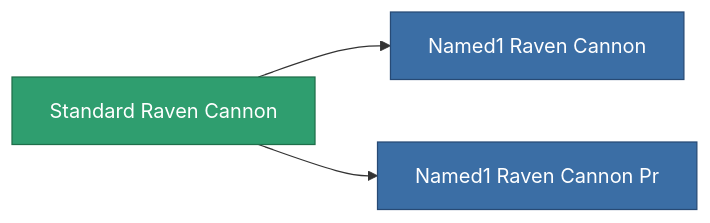
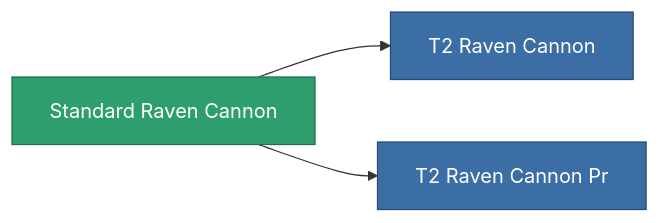
The diagram in content/content/items/standard_raven_cannon.md (OpenPerpetuum/Wiki), drawn with Mermaid before and after one commit. The commit also changed other lines of this file and 4904 other files, not shown here.

````diff
--- a/content/content/items/standard_raven_cannon.md
+++ b/content/content/items/standard_raven_cannon.md
@@ -67,13 +51,13 @@
 ```mermaid
 graph LR
     a["Standard Raven Cannon"]:::current
-    b["Named1 Raven Cannon"]:::prod
+    b["T2 Raven Cannon"]:::prod
     a --> b
-    click b "/content/items/named1-raven-cannon/" "Named1 Raven Cannon"
-    c["Named1 Raven Cannon Pr"]:::prod
+    click b "/content/items/named1-raven-cannon/" "T2 Raven Cannon"
+    c["T2 Raven Cannon Pr"]:::prod
     a --> c
-    click c "/content/items/named1-raven-cannon-pr/" "Named1 Raven Cannon Pr"
+    click c "/content/items/named1-raven-cannon-pr/" "T2 Raven Cannon Pr"
     classDef current fill:#2f9e6f,stroke:#1f6f4a,color:#ffffff
     classDef prod fill:#3b6ea5,stroke:#274a75,color:#ffffff
     classDef more fill:#39445a,stroke:#54658a,color:#d5dbe8
 ```
````
